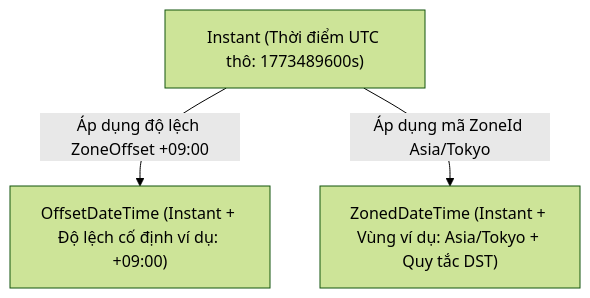
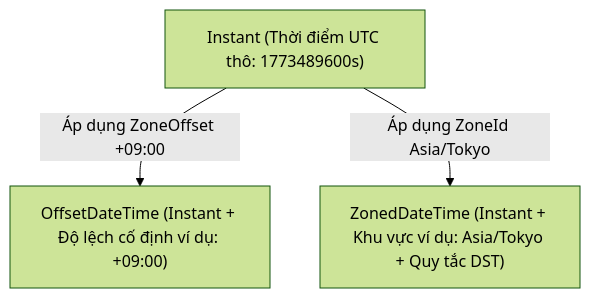
Before and after one commit to PhuThien2005/theoretical-of-java-core: the third of 3 diagrams in vi/25-date-time-api/theory/01-date-concepts.md, drawn with Mermaid (forest theme). The commit also changed other lines of this file and 229 other files, not shown here.

````diff
--- a/vi/25-date-time-api/theory/01-date-concepts.md
+++ b/vi/25-date-time-api/theory/01-date-concepts.md
@@ -217,8 +202,8 @@
 ```mermaid
 flowchart TD
     I["Instant (Thời điểm UTC thô: 1773489600s)"]
     O["OffsetDateTime (Instant + Độ lệch cố định ví dụ: +09:00)"]
-    Z["ZonedDateTime (Instant + Vùng ví dụ: Asia/Tokyo + Quy tắc DST)"]
-    I -->|Áp dụng độ lệch ZoneOffset +09:00| O
-    I -->|Áp dụng mã ZoneId Asia/Tokyo| Z
+    Z["ZonedDateTime (Instant + Khu vực ví dụ: Asia/Tokyo + Quy tắc DST)"]
+    I -->|Áp dụng ZoneOffset +09:00| O
+    I -->|Áp dụng ZoneId Asia/Tokyo| Z
 ```
````
